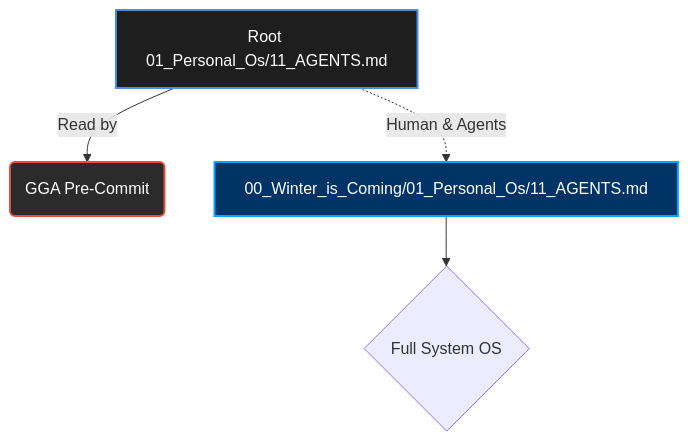
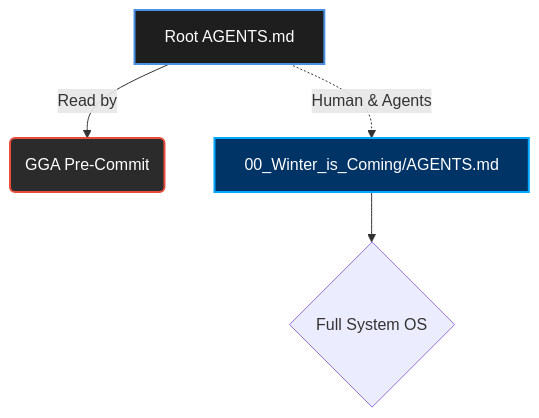
The diagram in .agent/03_Workflows/01_Personal_Os/11_AGENTS.md (esjesusobando/Consequences), drawn with Mermaid before and after one commit. The commit also changed other lines of this file and 833 other files, not shown here.

````diff
--- a/.agent/03_Workflows/01_Personal_Os/11_AGENTS.md
+++ b/.agent/03_Workflows/01_Personal_Os/11_AGENTS.md
@@ -11,9 +11,9 @@
 ```mermaid
 graph TD
-    A[Root 01_Personal_Os/11_AGENTS.md] -->|Read by| B(GGA Pre-Commit)
-    A -.->|Human & Agents| C[00_Winter_is_Coming/01_Personal_Os/11_AGENTS.md]
+    A[Root AGENTS.md] -->|Read by| B(GGA Pre-Commit)
+    A -.->|Human & Agents| C[00_Winter_is_Coming/AGENTS.md]
     C --> D{Full System OS}
     style A fill:#1e1e1e,stroke:#4a90e2,stroke-width:2px,color:#fff
     style B fill:#2b2b2b,stroke:#e74c3c,stroke-width:2px,color:#fff
     style C fill:#003366,stroke:#00a8ff,stroke-width:2px,color:#fff
 ```
````
